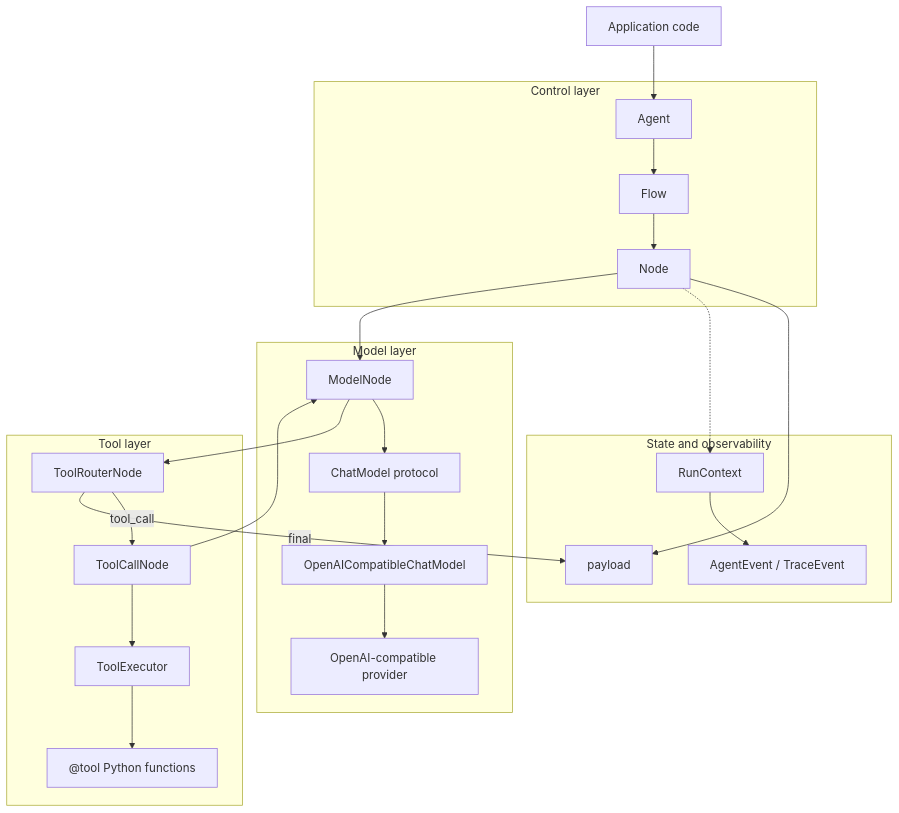
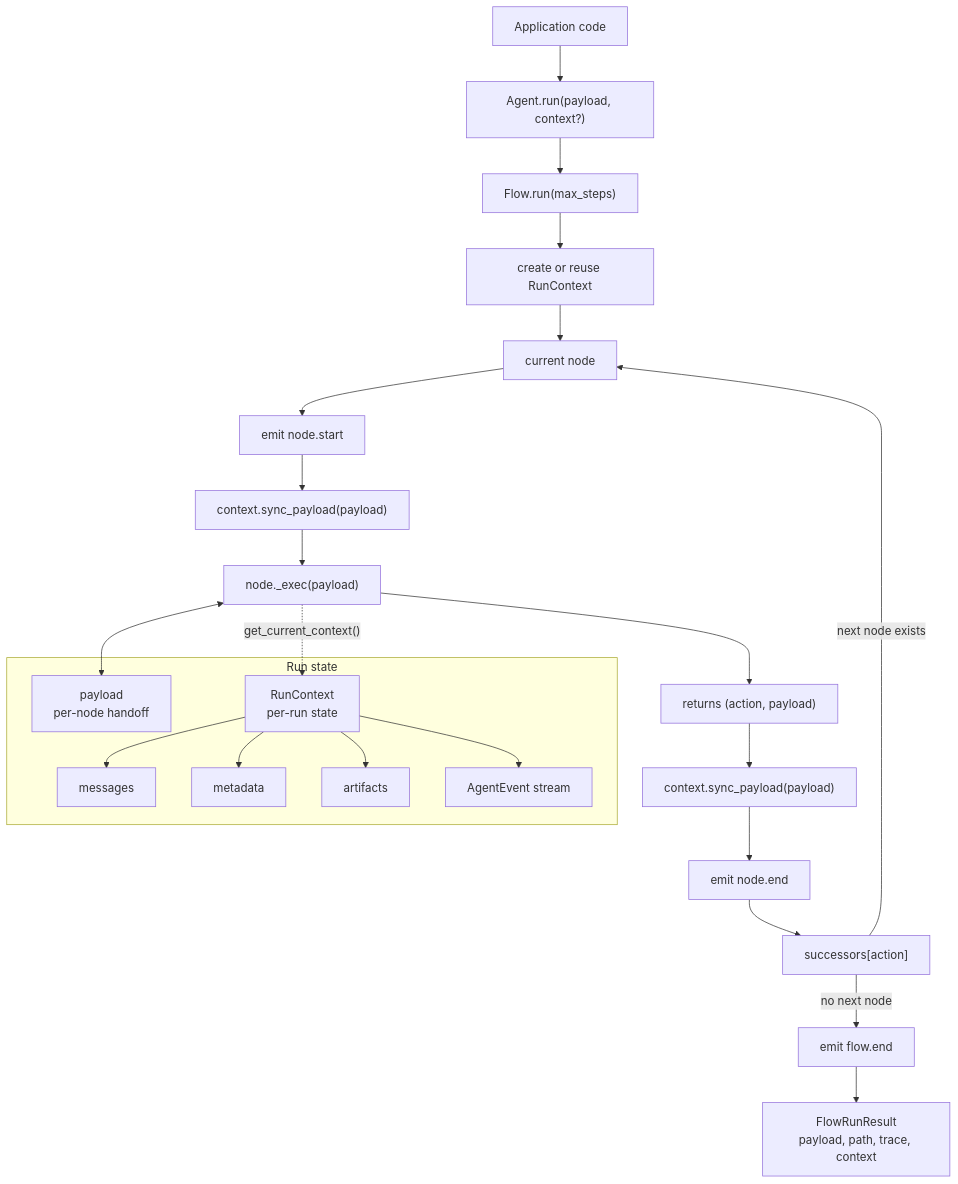
The first of 2 diagrams in README.md (Lancetwang/agent-core-runtime), drawn with Mermaid before and after one commit. The commit also changed other lines of this file and 7 other files, not shown here.

````diff
--- a/README.md
+++ b/README.md
@@ -22,42 +22,34 @@
 ```mermaid
 flowchart TD
-    App["Application code"] --> Agent["Agent"]
-    Agent --> Flow["Flow"]
-    Flow --> Node["Node"]
+    App["Application code"] --> AgentRun["Agent.run(payload, context?)"]
+    AgentRun --> FlowRun["Flow.run(max_steps)"]
+    FlowRun --> InitContext["create or reuse RunContext"]
+    InitContext --> PickNode["current node"]
 
-    subgraph Control["Control layer"]
-        Agent
-        Flow
-        Node
+    PickNode --> StartEvent["emit node.start"]
+    StartEvent --> SyncBefore["context.sync_payload(payload)"]
+    SyncBefore --> Exec["node._exec(payload)"]
+    Exec --> Result["returns (action, payload)"]
+    Result --> SyncAfter["context.sync_payload(payload)"]
+    SyncAfter --> EndEvent["emit node.end"]
+    EndEvent --> NextNode["successors[action]"]
+    NextNode -->|"next node exists"| PickNode
+    NextNode -->|"no next node"| FlowEnd["emit flow.end"]
+    FlowEnd --> RunResult["FlowRunResult<br/>payload, path, trace, context"]
+
+    subgraph State["Run state"]
+        Payload["payload<br/>per-node handoff"]
+        Context["RunContext<br/>per-run state"]
+        Messages["messages"]
+        Metadata["metadata"]
+        Artifacts["artifacts"]
+        Events["AgentEvent stream"]
     end
 
-    subgraph State["State and observability"]
-        Payload["payload"]
-        Context["RunContext"]
-        Events["AgentEvent / TraceEvent"]
-    end
-
-    subgraph Model["Model layer"]
-        ModelNode["ModelNode"]
-        ChatModel["ChatModel protocol"]
-        OpenAIAdapter["OpenAICompatibleChatModel"]
-        Provider["OpenAI-compatible provider"]
-    end
-
-    subgraph Tooling["Tool layer"]
-        ToolRouter["ToolRouterNode"]
-        ToolCall["ToolCallNode"]
-        Executor["ToolExecutor"]
-        ToolFns["@tool Python functions"]
-    end
-
-    Node --> Payload
-    Node -.-> Context
+    Exec <--> Payload
+    Exec -. "get_current_context()" .-> Context
+    Context --> Messages
+    Context --> Metadata
+    Context --> Artifacts
     Context --> Events
-    Node --> ModelNode
-    ModelNode --> ChatModel --> OpenAIAdapter --> Provider
-    ModelNode --> ToolRouter
-    ToolRouter -->|"tool_call"| ToolCall --> Executor --> ToolFns
-    ToolCall --> ModelNode
-    ToolRouter -->|"final"| Payload
 ```
````
